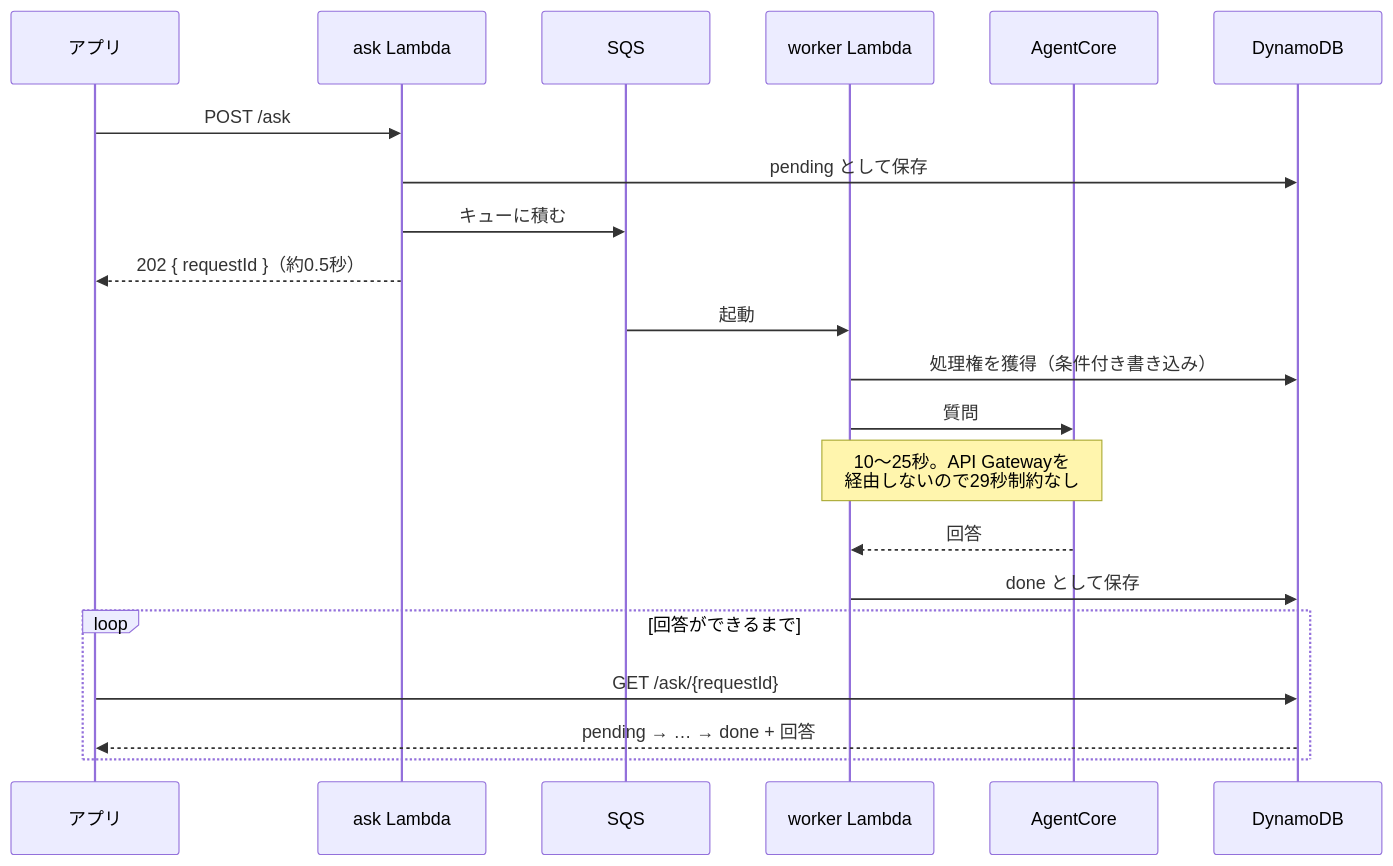
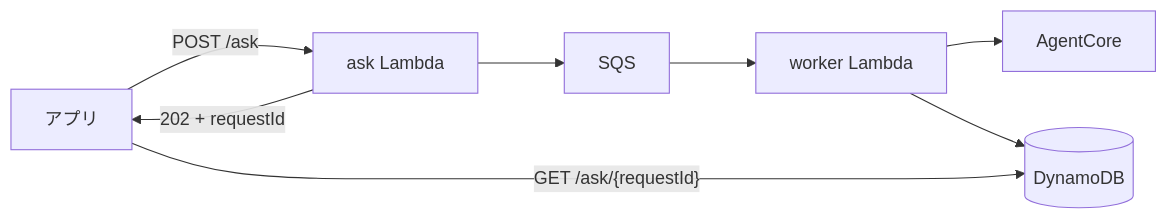
One commit to h-akira/TouringProject changed the fourth of 7 diagrams in docs/01_architecture.md. Above: the diagram before and after it, drawn with Mermaid. The commit also changed other lines of this file and 5 other files, not shown here.

````diff
--- a/docs/01_architecture.md
+++ b/docs/01_architecture.md
@@ -340,26 +332,10 @@
 ```mermaid
-sequenceDiagram
-    participant A as アプリ
-    participant L as ask Lambda
-    participant Q as SQS
-    participant W as worker Lambda
-    participant AC as AgentCore
-    participant D as DynamoDB
-
-    A->>L: POST /ask
-    L->>D: pending として保存
-    L->>Q: キューに積む
-    L-->>A: 202 { requestId }（約0.5秒）
-
-    Q->>W: 起動
-    W->>D: 処理権を獲得（条件付き書き込み）
-    W->>AC: 質問
-    Note over W,AC: 10〜25秒。API Gatewayを<br/>経由しないので29秒制約なし
-    AC-->>W: 回答
-    W->>D: done として保存
-
-    loop 回答ができるまで
-        A->>D: GET /ask/{requestId}
-        D-->>A: pending → … → done + 回答
-    end
+flowchart LR
+    A["アプリ"] -->|"POST /ask"| L["ask Lambda"]
+    L -->|"202 + requestId"| A
+    L --> Q["SQS"]
+    Q --> W["worker Lambda"]
+    W --> AC["AgentCore"]
+    W --> D[("DynamoDB")]
+    A -->|"GET /ask/{requestId}"| D
 ```
````
